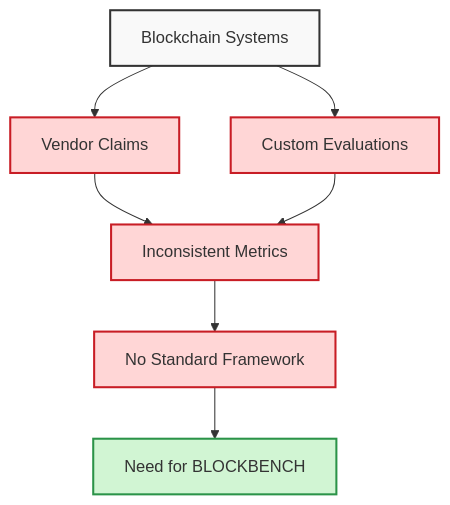
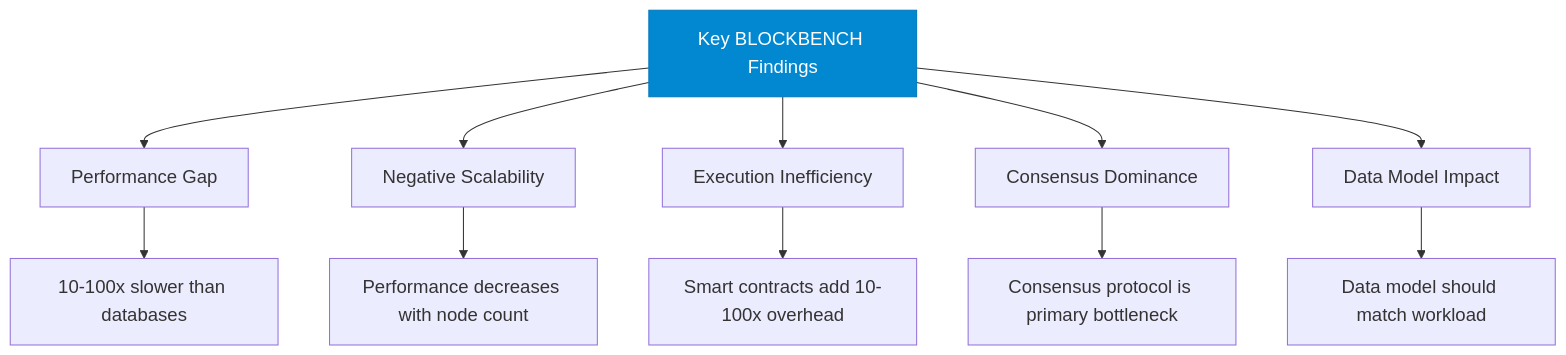
The third of 10 diagrams in blockbench-presentation.qmd (ces0491/blockbench-presentation), drawn with Mermaid before and after one commit. The commit also changed other lines of this file and 11 other files, not shown here.

````diff
--- a/blockbench-presentation.qmd
+++ b/blockbench-presentation.qmd
@@ -329,18 +407,15 @@
 ```{mermaid}
-%%{init: {'theme: 'default', 'themeVariables': { 'fontSize': '22px', 'primaryColor': '#7C0000', 'primaryBorderColor': '#7C0000', 'primaryTextColor': '#fff', 'secondaryColor': '#006100', 'secondaryBorderColor': '#006100', 'secondaryTextColor': '#fff' }}}%%
+%%{init: {'theme': 'default', 'themeVariables': {'fontSize': '18px'}}}%%
 graph TD
-    classDef mainNode fill:#f9f9f9,stroke:#333,stroke-width:2px;
-    classDef problemNode fill:#ffd6d6,stroke:#c81d25,stroke-width:2px;
-    classDef solutionNode fill:#d1f5d3,stroke:#2b9348,stroke-width:2px;
-    
-    A[Blockchain Systems] --> B[Vendor Claims]
-    A --> C[Custom Evaluations]
-    B --> D[Inconsistent Metrics]
-    C --> D
-    D --> E[No Standard Framework]
-    E --> F[Need for BLOCKBENCH]
-    
-    class A mainNode;
-    class B,C,D,E problemNode;
-    class F solutionNode;
+    A[Key BLOCKBENCH Findings] --> B[Performance Gap]
+    A --> C[Negative Scalability]
+    A --> D[Execution Inefficiency]
+    A --> E[Consensus Dominance]
+    A --> F[Data Model Impact]
+    B --> B1[10-100x slower than databases]
+    C --> C1[Performance decreases with node count]
+    D --> D1[Smart contracts add 10-100x overhead]
+    E --> E1[Consensus protocol is primary bottleneck]
+    F --> F1[Data model should match workload]
+    style A fill:#0288d1,stroke:#0277bd,color:#fff
 ```
````
